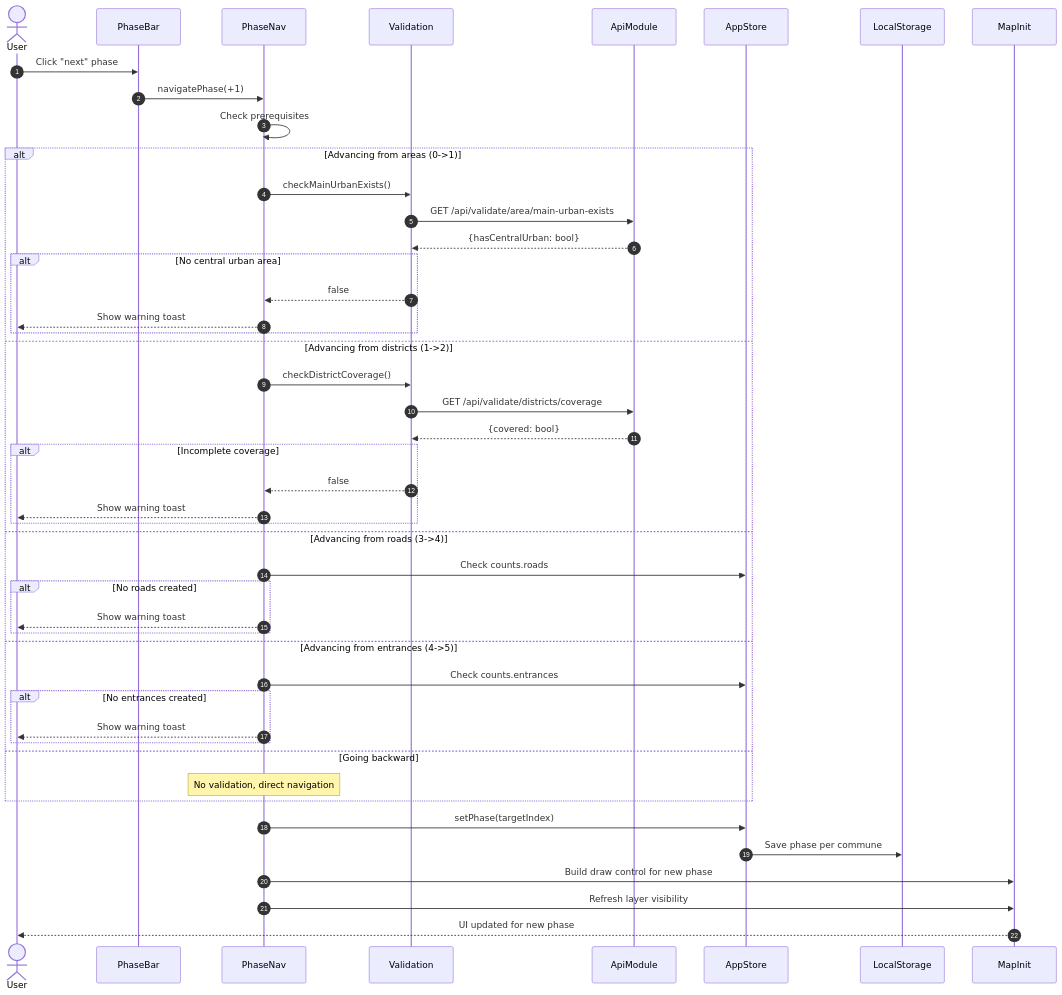
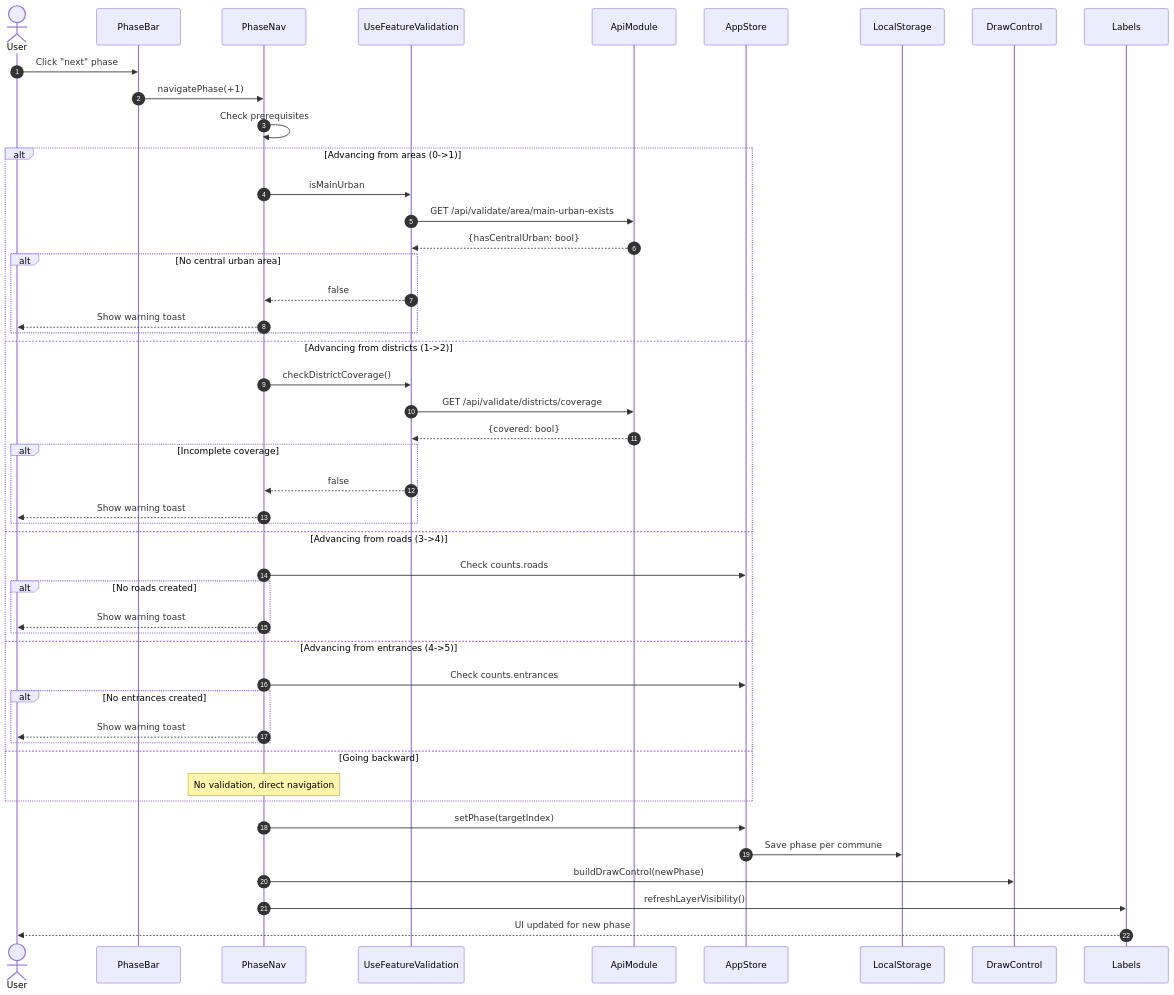
Before and after one commit to Zuhir-Benslama/NARS: the fourth of 6 diagrams in docs/uml/nars-vite-sequence-diagram.md, drawn with Mermaid. The commit also changed other lines of this file and 115 other files, not shown here.

First line of the commit message:
fix: code-quality campaign + CI workflow + UML refresh

````diff
--- a/docs/uml/nars-vite-sequence-diagram.md
+++ b/docs/uml/nars-vite-sequence-diagram.md
@@ -189,53 +192,54 @@
 ```mermaid
 sequenceDiagram
     autonumber
     actor User
     participant PhaseBar
     participant PhaseNav
-    participant Validation
+    participant UseFeatureValidation
     participant ApiModule
     participant AppStore
     participant LocalStorage
-    participant MapInit
+    participant DrawControl
+    participant Labels
 
     User->>PhaseBar: Click "next" phase
     PhaseBar->>PhaseNav: navigatePhase(+1)
 
     PhaseNav->>PhaseNav: Check prerequisites
 
     alt Advancing from areas (0->1)
-        PhaseNav->>Validation: checkMainUrbanExists()
-        Validation->>ApiModule: GET /api/validate/area/main-urban-exists
-        ApiModule-->>Validation: {hasCentralUrban: bool}
+        PhaseNav->>UseFeatureValidation: isMainUrban
+        UseFeatureValidation->>ApiModule: GET /api/validate/area/main-urban-exists
+        ApiModule-->>UseFeatureValidation: {hasCentralUrban: bool}
         alt No central urban area
-            Validation-->>PhaseNav: false
+            UseFeatureValidation-->>PhaseNav: false
             PhaseNav-->>User: Show warning toast
         end
     else Advancing from districts (1->2)
-        PhaseNav->>Validation: checkDistrictCoverage()
-        Validation->>ApiModule: GET /api/validate/districts/coverage
-        ApiModule-->>Validation: {covered: bool}
+        PhaseNav->>UseFeatureValidation: checkDistrictCoverage()
+        UseFeatureValidation->>ApiModule: GET /api/validate/districts/coverage
+        ApiModule-->>UseFeatureValidation: {covered: bool}
         alt Incomplete coverage
-            Validation-->>PhaseNav: false
+            UseFeatureValidation-->>PhaseNav: false
             PhaseNav-->>User: Show warning toast
         end
     else Advancing from roads (3->4)
         PhaseNav->>AppStore: Check counts.roads
         alt No roads created
             PhaseNav-->>User: Show warning toast
         end
     else Advancing from entrances (4->5)
         PhaseNav->>AppStore: Check counts.entrances
         alt No entrances created
             PhaseNav-->>User: Show warning toast
         end
     else Going backward
         Note over PhaseNav: No validation, direct navigation
     end
 
     PhaseNav->>AppStore: setPhase(targetIndex)
     AppStore->>LocalStorage: Save phase per commune
-    PhaseNav->>MapInit: Build draw control for new phase
-    PhaseNav->>MapInit: Refresh layer visibility
-    MapInit-->>User: UI updated for new phase
+    PhaseNav->>DrawControl: buildDrawControl(newPhase)
+    PhaseNav->>Labels: refreshLayerVisibility()
+    Labels-->>User: UI updated for new phase
 ```
````
